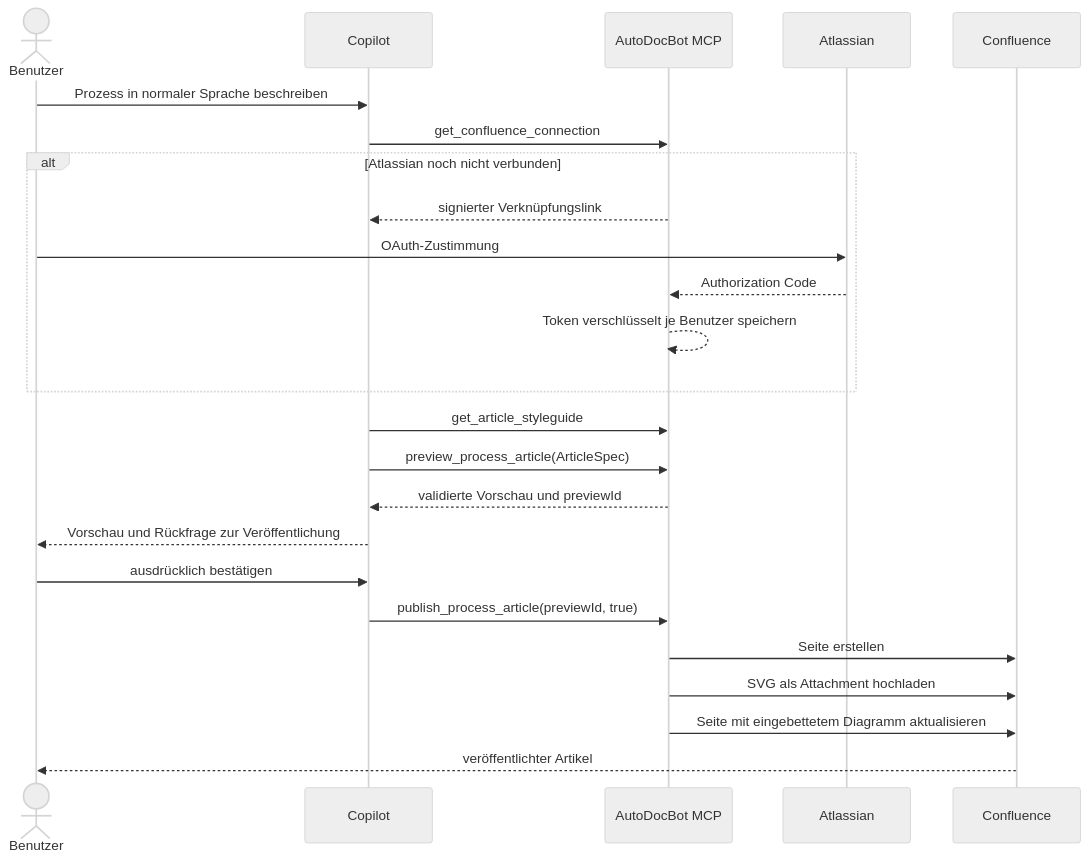
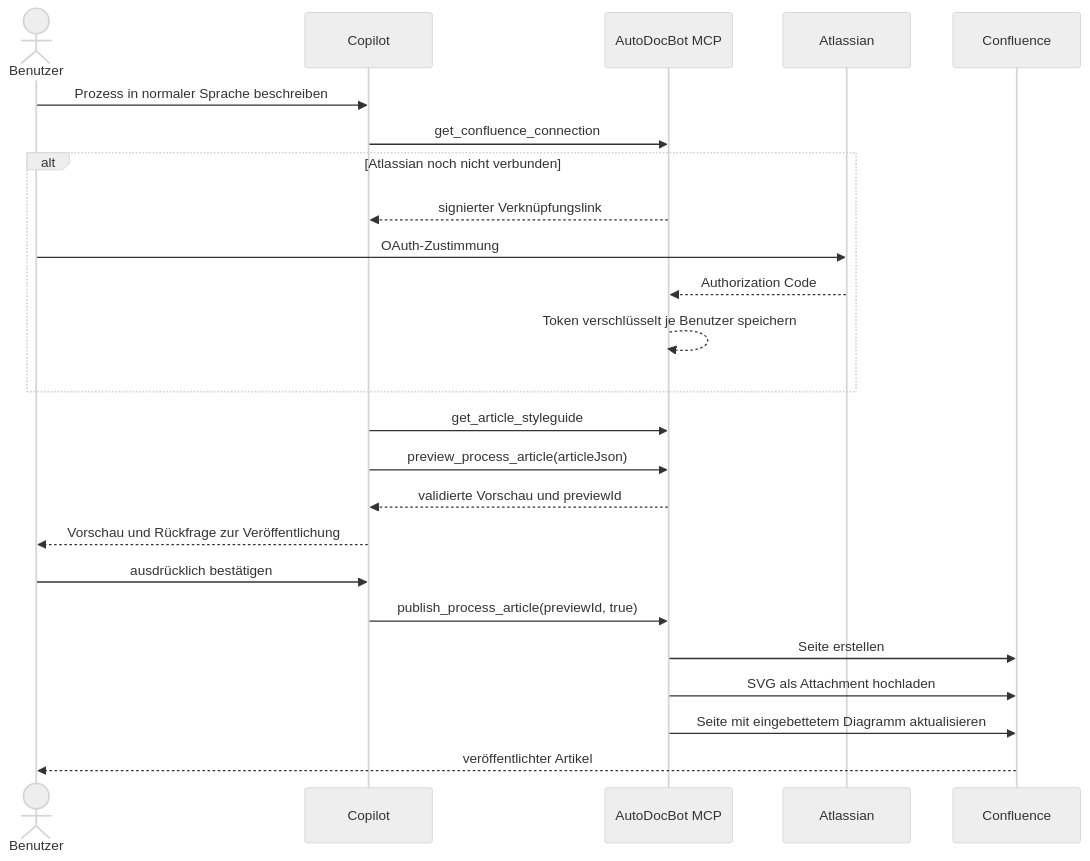
The second of 2 diagrams in README.md (DWProv/AutoDocBot-V2), drawn with Mermaid (neutral theme) before and after one commit. The commit also changed other lines of this file, not shown here.

````diff
--- a/README.md
+++ b/README.md
@@ -87,27 +108,27 @@
 ```mermaid
 sequenceDiagram
     actor User as Benutzer
     participant Copilot
     participant MCP as AutoDocBot MCP
     participant Atlassian
     participant Confluence
 
     User->>Copilot: Prozess in normaler Sprache beschreiben
     Copilot->>MCP: get_confluence_connection
     alt Atlassian noch nicht verbunden
         MCP-->>Copilot: signierter Verknüpfungslink
         User->>Atlassian: OAuth-Zustimmung
         Atlassian-->>MCP: Authorization Code
         MCP-->>MCP: Token verschlüsselt je Benutzer speichern
     end
     Copilot->>MCP: get_article_styleguide
-    Copilot->>MCP: preview_process_article(ArticleSpec)
+    Copilot->>MCP: preview_process_article(articleJson)
     MCP-->>Copilot: validierte Vorschau und previewId
     Copilot-->>User: Vorschau und Rückfrage zur Veröffentlichung
     User->>Copilot: ausdrücklich bestätigen
     Copilot->>MCP: publish_process_article(previewId, true)
     MCP->>Confluence: Seite erstellen
     MCP->>Confluence: SVG als Attachment hochladen
     MCP->>Confluence: Seite mit eingebettetem Diagramm aktualisieren
     Confluence-->>User: veröffentlichter Artikel
 ```
````
